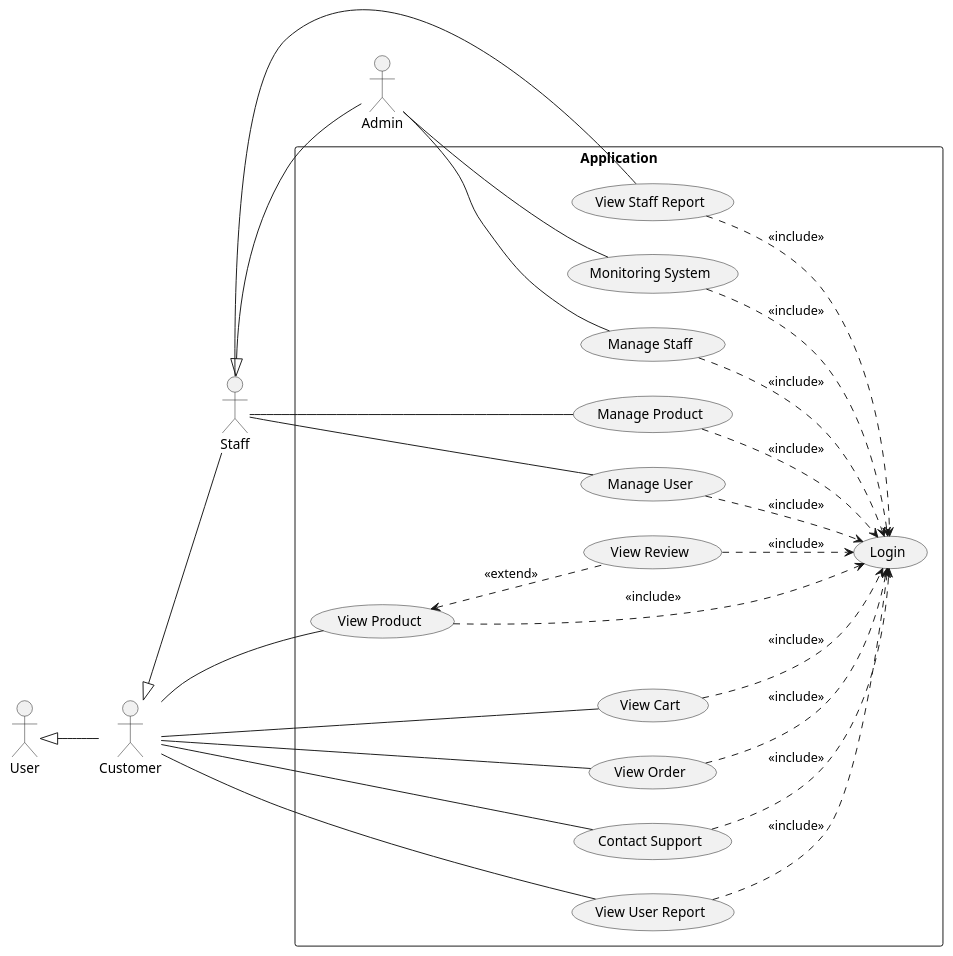
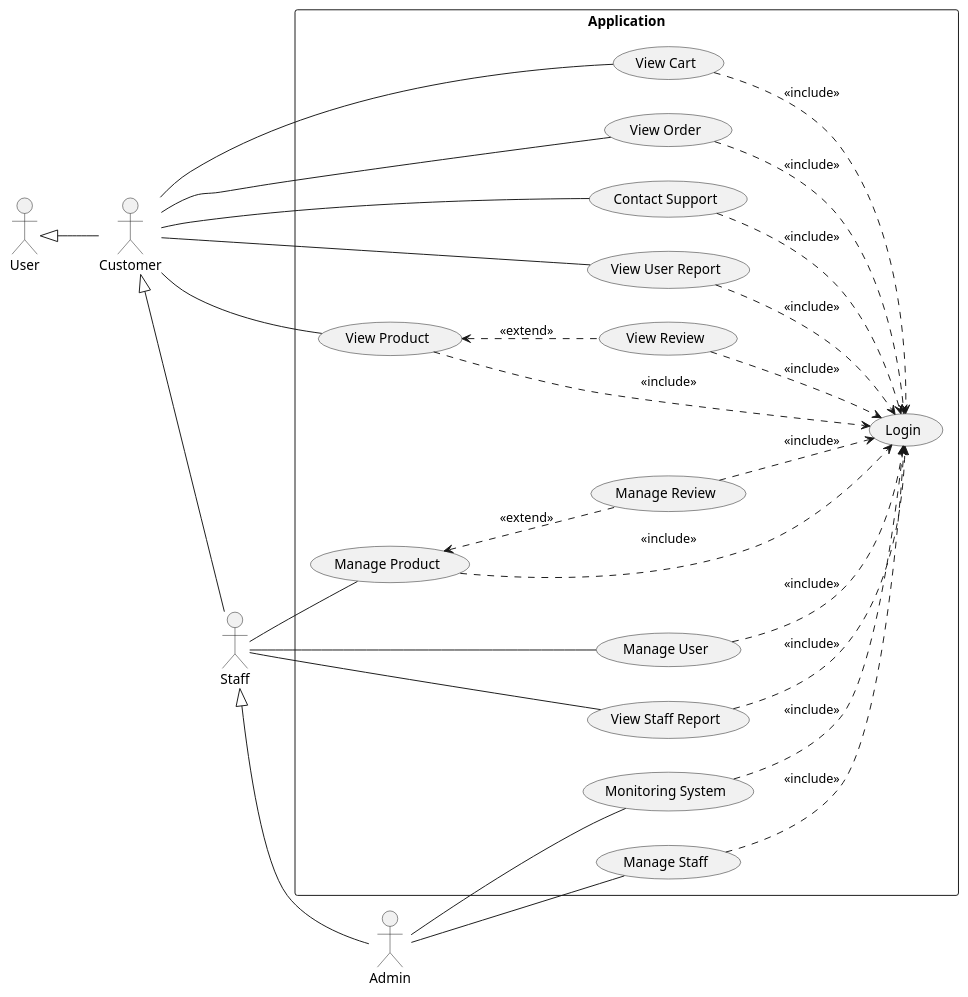
Before and after one commit to electricilies/electricilies.github.io: the first of 2 diagrams in docs/docs/usecase/user.md, drawn with PlantUML.

````diff
--- a/docs/docs/usecase/user.md
+++ b/docs/docs/usecase/user.md
@@ -5,54 +5,56 @@
 ```plantuml
 @startuml
 left to right direction
-
 actor User
 actor Customer
 actor Staff
 actor Admin
 
 User <|-- Customer
 Customer <|-- Staff
 Staff <|-- Admin
 
 rectangle "Application" {
   usecase UC01 as "Login"
   usecase UC02 as "View Product"
   usecase UC03 as "View Review"
   usecase UC04 as "View Cart"
   usecase UC05 as "View Order"
   usecase UC06 as "Contact Support"
   usecase UC07 as "View User Report"
   usecase UC08 as "Manage Product"
-  usecase UC09 as "Manage User"
-  usecase UC10 as "View Staff Report"
-  usecase UC11 as "Manage Staff"
-  usecase UC12 as "Monitoring System"
+  usecase UC09 as "Manage Review"
+  usecase UC10 as "Manage User"
+  usecase UC11 as "View Staff Report"
+  usecase UC12 as "Manage Staff"
+  usecase UC13 as "Monitoring System"
 }
 
 Customer -- UC02
 Customer -- UC04
 Customer -- UC05
 Customer -- UC06
 Customer -- UC07
 Staff -- UC08
-Staff -- UC09
 Staff -- UC10
-Admin -- UC11
+Staff -- UC11
 Admin -- UC12
+Admin -- UC13
 
 UC02 ..> UC01 : <<include>>
 UC02 <.. UC03 : <<extend>>
 UC03 ..> UC01 : <<include>>
 UC04 ..> UC01 : <<include>>
 UC05 ..> UC01 : <<include>>
 UC06 ..> UC01 : <<include>>
 UC07 ..> UC01 : <<include>>
 UC08 ..> UC01 : <<include>>
+UC08 <.. UC09 : <<extend>>
 UC09 ..> UC01 : <<include>>
 UC10 ..> UC01 : <<include>>
 UC11 ..> UC01 : <<include>>
 UC12 ..> UC01 : <<include>>
+UC13 ..> UC01 : <<include>>
 
 @enduml
 ```
````
